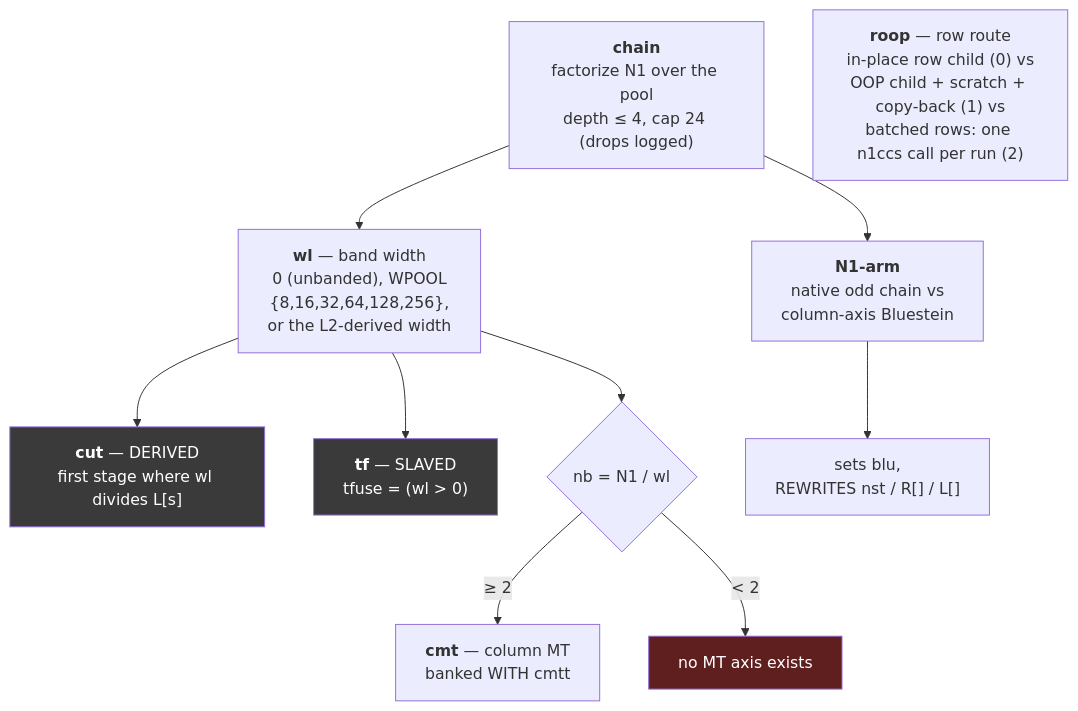
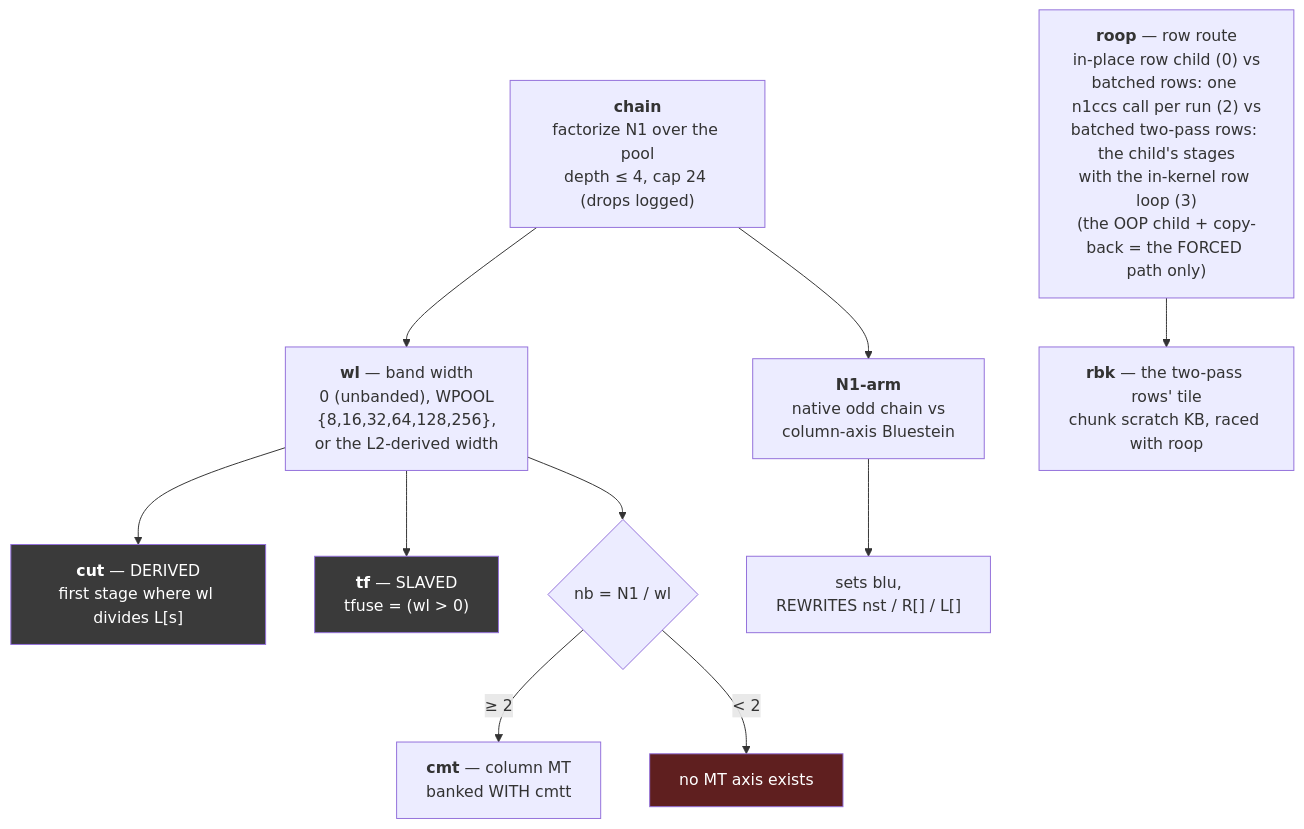
The eighth of 14 diagrams in docs/design/planning_model.md (Tugbars/VectorFFT), drawn with Mermaid before and after one commit. The commit also changed 47 other files, not shown here.

Commit message:
new codelet for row batched lane

````diff
--- a/docs/design/planning_model.md
+++ b/docs/design/planning_model.md
@@ -648,16 +648,17 @@
 ```mermaid
 flowchart TD
     CH["<b>chain</b><br/>factorize N1 over the pool<br/>depth &le; 4, cap 24 (drops logged)"] --> WL["<b>wl</b> — band width<br/>0 (unbanded), WPOOL<br/>{8,16,32,64,128,256},<br/>or the L2-derived width"]
     WL --> CUT["<b>cut</b> — DERIVED<br/>first stage where wl divides L[s]"]
     WL --> TF["<b>tf</b> — SLAVED<br/>tfuse = (wl &gt; 0)"]
     WL --> NB{"nb = N1 / wl"}
     NB -->|"&ge; 2"| CMT["<b>cmt</b> — column MT<br/>banked WITH cmtt"]
     NB -->|"&lt; 2"| NOMT["no MT axis exists"]
     CH --> N1A["<b>N1-arm</b><br/>native odd chain vs<br/>column-axis Bluestein"]
     N1A --> BLU["sets blu,<br/>REWRITES nst / R[] / L[]"]
-    ROOP["<b>roop</b> — row route<br/>in-place row child (0) vs<br/>OOP child + scratch + copy-back (1) vs<br/>batched rows: one n1ccs call per run (2)"]
+    ROOP["<b>roop</b> — row route<br/>in-place row child (0) vs<br/>batched rows: one n1ccs call per run (2) vs<br/>batched two-pass rows: the child's stages<br/>with the in-kernel row loop (3)<br/>(the OOP child + copy-back = the FORCED path only)"]
+    ROOP --> RBK["<b>rbk</b> — the two-pass rows' tile<br/>chunk scratch KB, raced with roop"]
 
     style NOMT fill:#5f1f1f,color:#fff
     style CUT fill:#3a3a3a,color:#fff
     style TF fill:#3a3a3a,color:#fff
 ```
````
